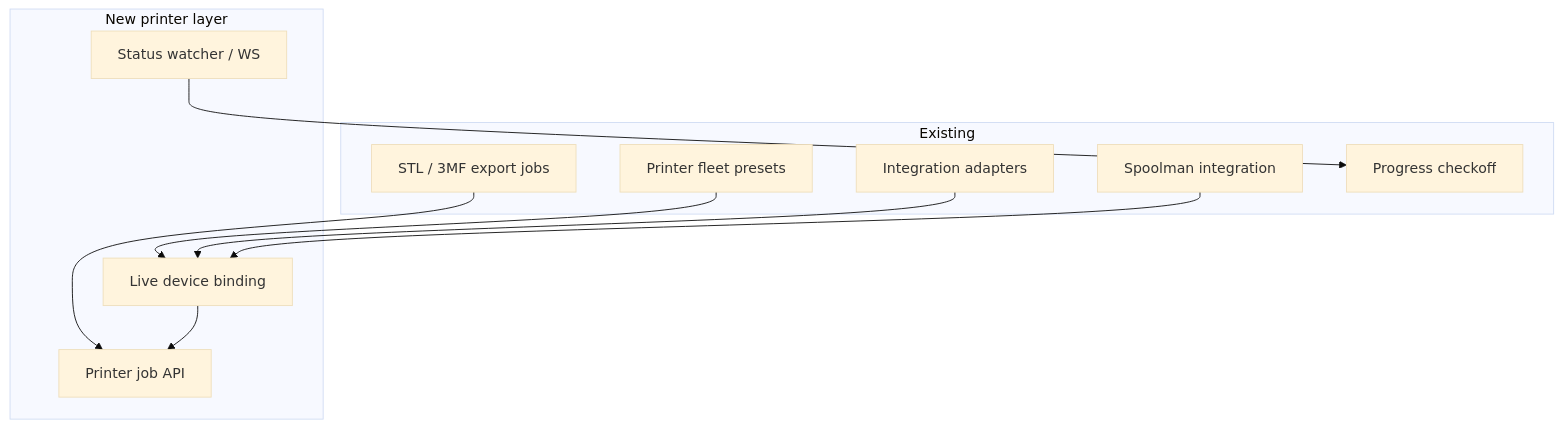
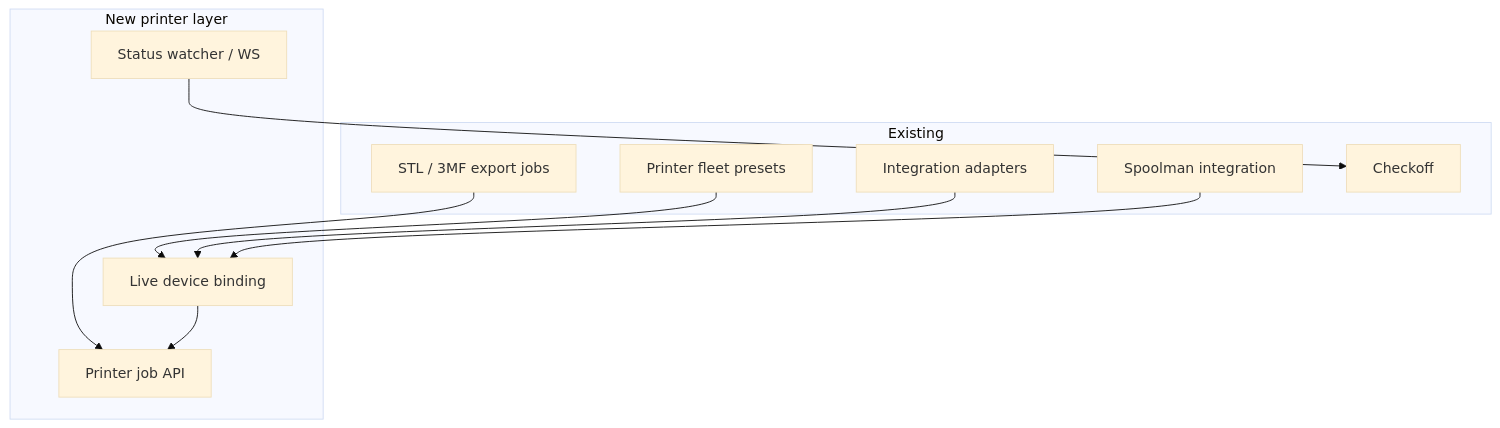
Before and after one commit to poitee/PrintPartnerPartner: the second of 2 diagrams in docs/integrations/PRINTER_APIS.md, drawn with Mermaid (base theme). The commit also changed other lines of this file and 15 other files, not shown here.

````diff
--- a/docs/integrations/PRINTER_APIS.md
+++ b/docs/integrations/PRINTER_APIS.md
@@ -125,21 +125,21 @@
 ```mermaid
 flowchart TB
   subgraph existing [Existing]
     Fleet[Printer fleet presets]
     Spool[Spoolman integration]
     Int[Integration adapters]
     Exp[STL / 3MF export jobs]
-    Prog[Progress checkoff]
+    Prog[Checkoff]
   end
   subgraph new [New printer layer]
     Live[Live device binding]
     Jobs[Printer job API]
     Watch[Status watcher / WS]
   end
   Fleet --> Live
   Int --> Live
   Exp --> Jobs
   Live --> Jobs
   Watch --> Prog
   Spool --> Live
 ```
````
